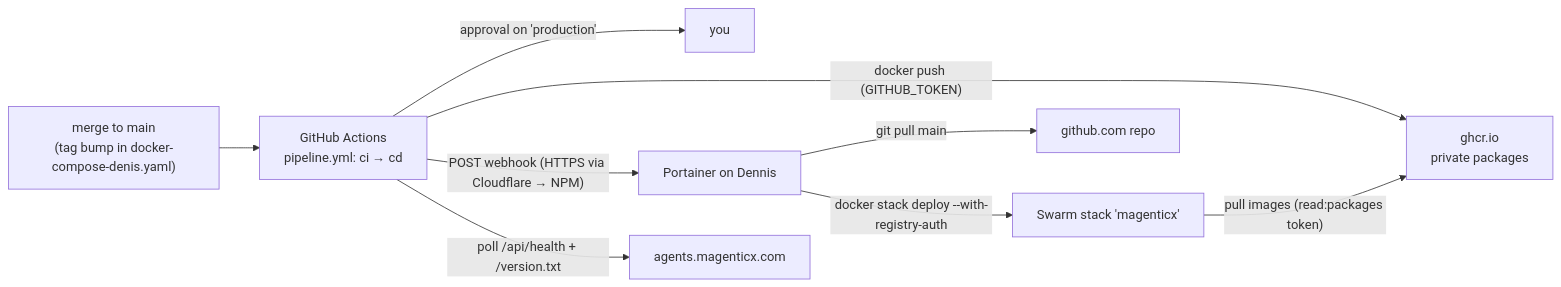
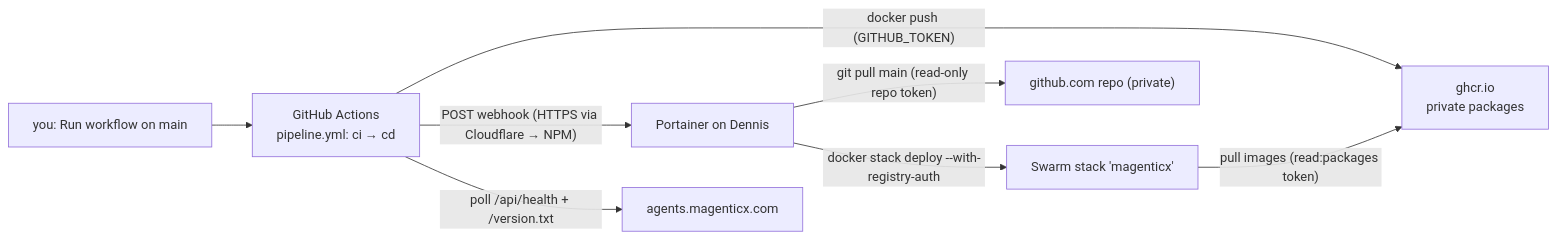
The first of 2 diagrams in docs/architecture/deployment.md (konstantinosmpouros/mAgenticX), drawn with Mermaid before and after one commit. The commit also changed other lines of this file and 3 other files, not shown here.

Commit message:
fix(cd): release only on a manual Run workflow by the repo owner — push events carry no file lists, and the repo goes private

````diff
--- a/docs/architecture/deployment.md
+++ b/docs/architecture/deployment.md
@@ -9,11 +9,10 @@
 ```mermaid
 flowchart LR
-    Dev["merge to main<br/>(tag bump in docker-compose-denis.yaml)"] --> GHA["GitHub Actions<br/>pipeline.yml: ci → cd"]
-    GHA -->|"approval on 'production'"| You["you"]
+    You["you: Run workflow on main"] --> GHA["GitHub Actions<br/>pipeline.yml: ci → cd"]
     GHA -->|"docker push (GITHUB_TOKEN)"| GHCR["ghcr.io<br/>private packages"]
     GHA -->|"POST webhook (HTTPS via Cloudflare → NPM)"| Portainer["Portainer on Dennis"]
-    Portainer -->|"git pull main"| GitHub["github.com repo"]
+    Portainer -->|"git pull main (read-only repo token)"| GitHub["github.com repo (private)"]
     Portainer -->|"docker stack deploy --with-registry-auth"| Swarm["Swarm stack 'magenticx'"]
     Swarm -->|"pull images (read:packages token)"| GHCR
     GHA -->|"poll /api/health + /version.txt"| Site["agents.magenticx.com"]
 ```
````
